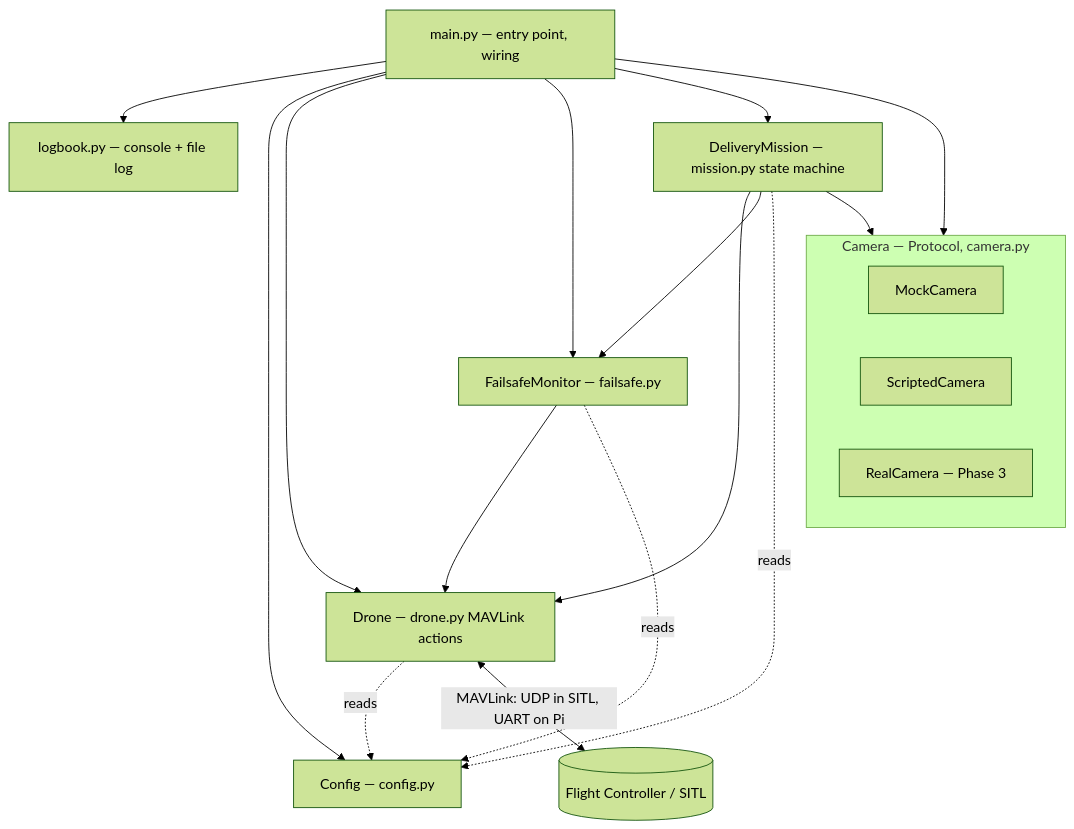
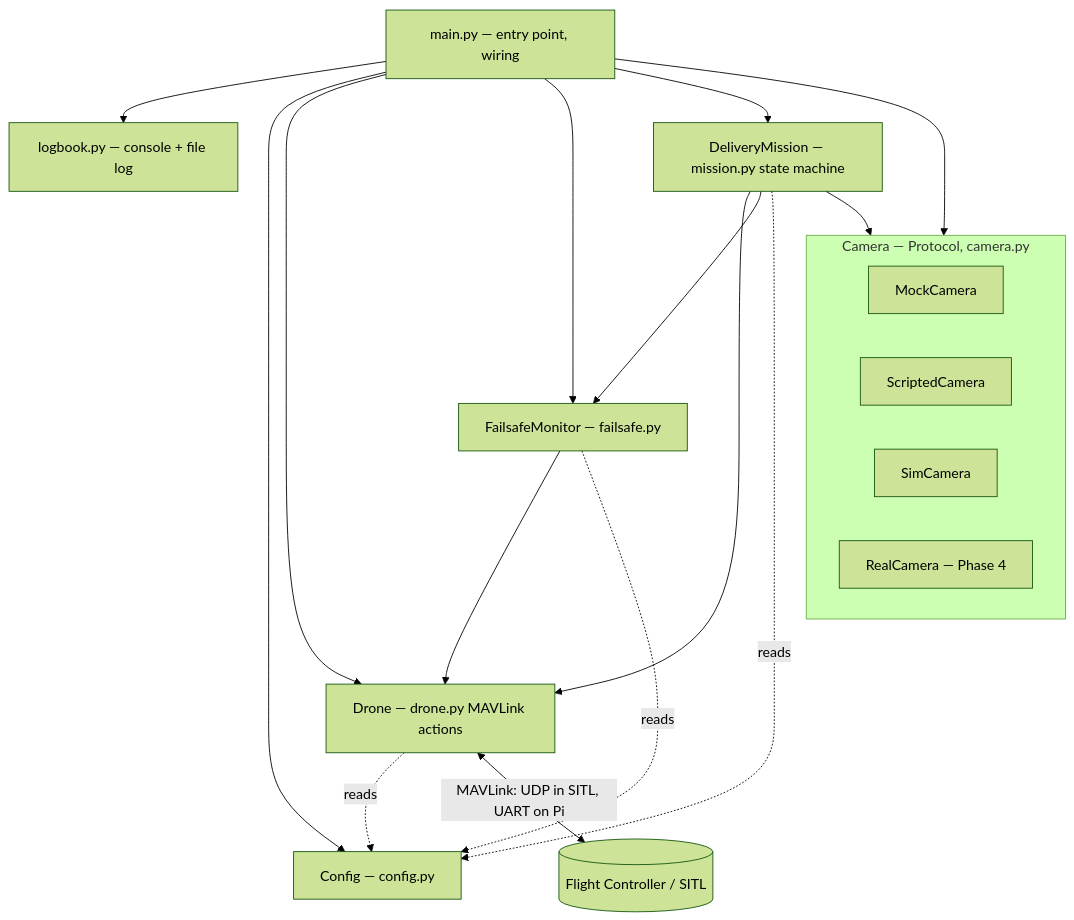
One commit to ki-drohnen-ss26/Pi-Code changed the first of 5 diagrams in docs/ARCHITECTURE.md. Above: the diagram before and after it, drawn with Mermaid (forest theme). The commit also changed other lines of this file and 15 other files, not shown here.

````diff
--- a/docs/ARCHITECTURE.md
+++ b/docs/ARCHITECTURE.md
@@ -15,32 +15,33 @@
 ```mermaid
 flowchart TB
     main["main.py — entry point, wiring"]
     cfg["Config — config.py"]
     logb["logbook.py — console + file log"]
     mission["DeliveryMission — mission.py state machine"]
     drone["Drone — drone.py MAVLink actions"]
     fs["FailsafeMonitor — failsafe.py"]
     fc[("Flight Controller / SITL")]
 
     subgraph cam["Camera — Protocol, camera.py"]
         mock["MockCamera"]
         scripted["ScriptedCamera"]
-        real["RealCamera — Phase 3"]
+        sim["SimCamera"]
+        real["RealCamera — Phase 4"]
     end
 
     main --> logb
     main --> cfg
     main --> drone
     main --> cam
     main --> fs
     main --> mission
 
     mission --> drone
     mission --> cam
     mission --> fs
     mission -.->|reads| cfg
     fs --> drone
     fs -.->|reads| cfg
     drone -.->|reads| cfg
     drone <-->|"MAVLink: UDP in SITL, UART on Pi"| fc
 ```
````
